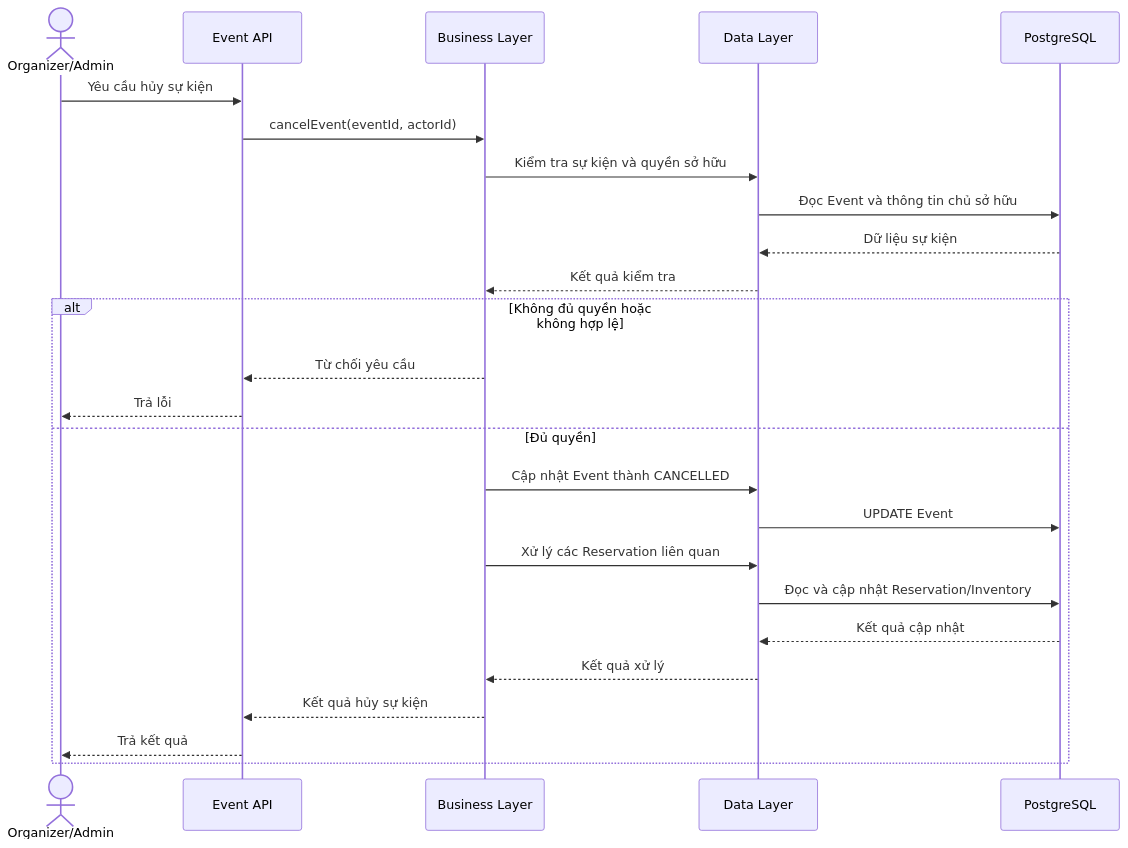
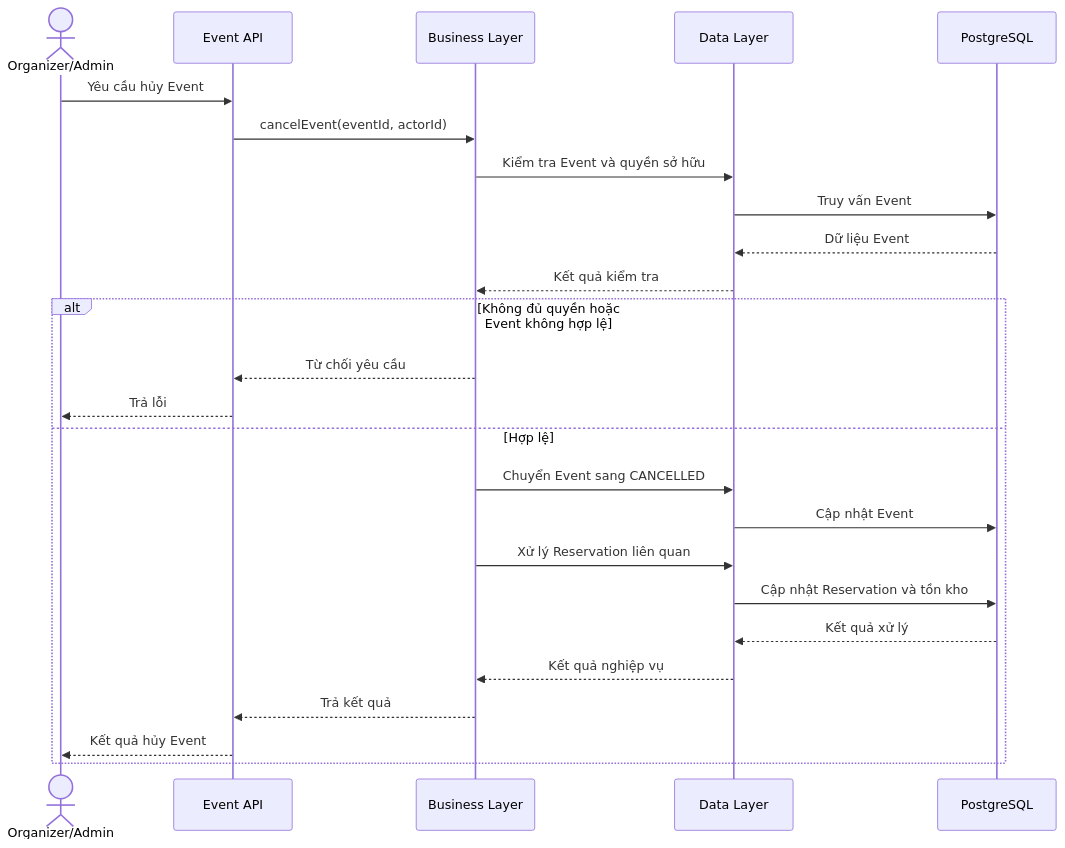
One commit to cnf166/rush-seat changed the diagram in docs/business/use-cases/cancel-event.md. Above: the diagram before and after it, drawn with Mermaid. The commit also changed other lines of this file, not shown here.

Commit message:
docs (event): define event cancellation workflow

````diff
--- a/docs/business/use-cases/cancel-event.md
+++ b/docs/business/use-cases/cancel-event.md
@@ -204,29 +150,29 @@
 ```mermaid
 sequenceDiagram
     actor Organizer as Organizer/Admin
     participant API as Event API
     participant Business as Business Layer
     participant Data as Data Layer
     participant DB as PostgreSQL
 
-    Organizer->>API: Yêu cầu hủy sự kiện
+    Organizer->>API: Yêu cầu hủy Event
     API->>Business: cancelEvent(eventId, actorId)
-    Business->>Data: Kiểm tra sự kiện và quyền sở hữu
-    Data->>DB: Đọc Event và thông tin chủ sở hữu
-    DB-->>Data: Dữ liệu sự kiện
+    Business->>Data: Kiểm tra Event và quyền sở hữu
+    Data->>DB: Truy vấn Event
+    DB-->>Data: Dữ liệu Event
     Data-->>Business: Kết quả kiểm tra
 
-    alt Không đủ quyền hoặc không hợp lệ
+    alt Không đủ quyền hoặc Event không hợp lệ
         Business-->>API: Từ chối yêu cầu
         API-->>Organizer: Trả lỗi
-    else Đủ quyền
-        Business->>Data: Cập nhật Event thành CANCELLED
-        Data->>DB: UPDATE Event
-        Business->>Data: Xử lý các Reservation liên quan
-        Data->>DB: Đọc và cập nhật Reservation/Inventory
-        DB-->>Data: Kết quả cập nhật
-        Data-->>Business: Kết quả xử lý
-        Business-->>API: Kết quả hủy sự kiện
-        API-->>Organizer: Trả kết quả
+    else Hợp lệ
+        Business->>Data: Chuyển Event sang CANCELLED
+        Data->>DB: Cập nhật Event
+        Business->>Data: Xử lý Reservation liên quan
+        Data->>DB: Cập nhật Reservation và tồn kho
+        DB-->>Data: Kết quả xử lý
+        Data-->>Business: Kết quả nghiệp vụ
+        Business-->>API: Trả kết quả
+        API-->>Organizer: Kết quả hủy Event
     end
 ```
````
